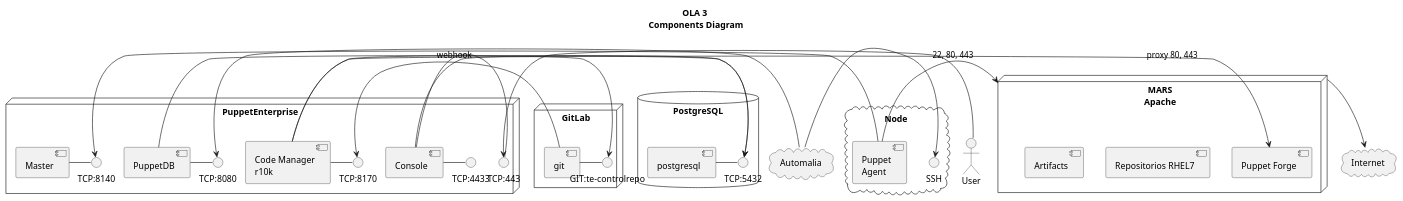
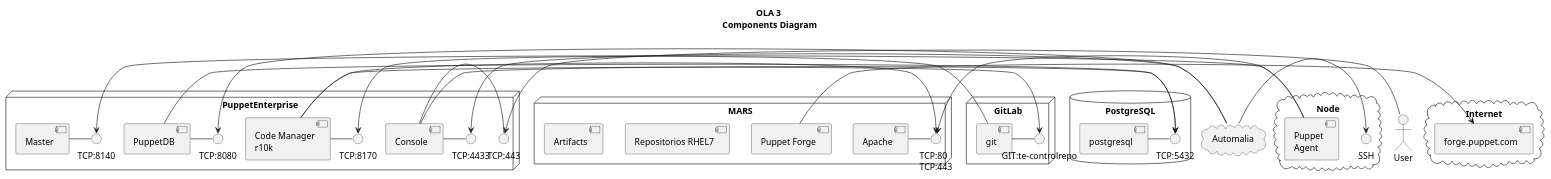
The diagram in doc/diagram.puml (CIVIR-ES/PE-vagrant), drawn with PlantUML before and after one commit.

Commit message:
Add apache and interface

```diff
--- a/doc/diagram.puml
+++ b/doc/diagram.puml
@@ -1,57 +1,62 @@
 @startuml
 title OLA 3\n Components Diagram
 Actor User
 
 node "PuppetEnterprise" {
   [Code Manager\nr10k] as r10k
   [Master]
   [PuppetDB]
   [Console]
   interface "TCP:8170" as TCP8170
   interface "TCP:443" as TCP443
   interface "TCP:8080" as TCP8080
   interface "TCP:8140" as TCP8140
   interface "TCP:4433" as TCP4433
   [Console] - TCP443
   [Console] - TCP4433
   r10k - TCP8170
   [PuppetDB] - TCP8080
   [Master] - TCP8140
 }
 
-node "MARS\nApache" as MARS {
+node MARS {
+  [Apache]
   [Puppet Forge]
   [Repositorios RHEL7]
   [Artifacts]
+  interface "TCP:80\nTCP:443" as TCPMARS
+  [Apache] - TCPMARS
 }
 
 node "GitLab" {
   [git]
   interface "GIT:te-controlrepo" as controlrepo
   [git] - controlrepo
 }
 cloud "Internet" {
+  [forge.puppet.com]
 }
 database "PostgreSQL" {
   [postgresql]
   interface "TCP:5432" as TCP5432
   [postgresql] - TCP5432
 }
 cloud "Automalia" {
 }
 cloud "Node" {
   [Puppet\nAgent]
   interface SSH
 }
 Automalia -> SSH
 Automalia -> TCP8080
+Automalia -> TCP4433
 User -> TCP443
 r10k -> controlrepo
-r10k -> [Puppet Forge]
-[Puppet\nAgent] -> MARS : 22, 80, 443
+r10k -> TCPMARS
+[Puppet Forge] -> [forge.puppet.com]
+[Puppet\nAgent] -> TCPMARS
 [Puppet\nAgent] -> TCP8140
-MARS -> Internet : proxy 80, 443
 [PuppetDB] -> TCP5432
 [Console] -> TCP5432
-[git] -> TCP8170 : webhook
+[git] -> TCP8170
 @enduml
```
